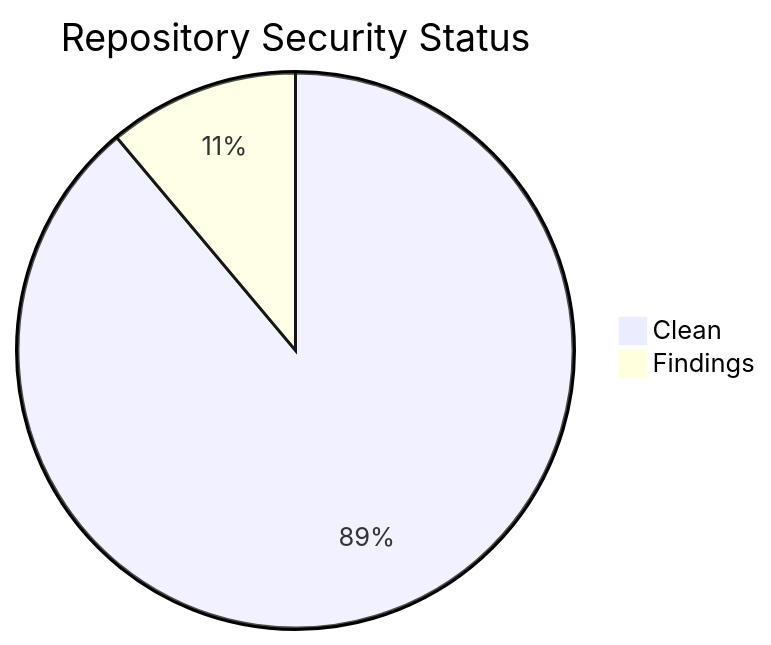
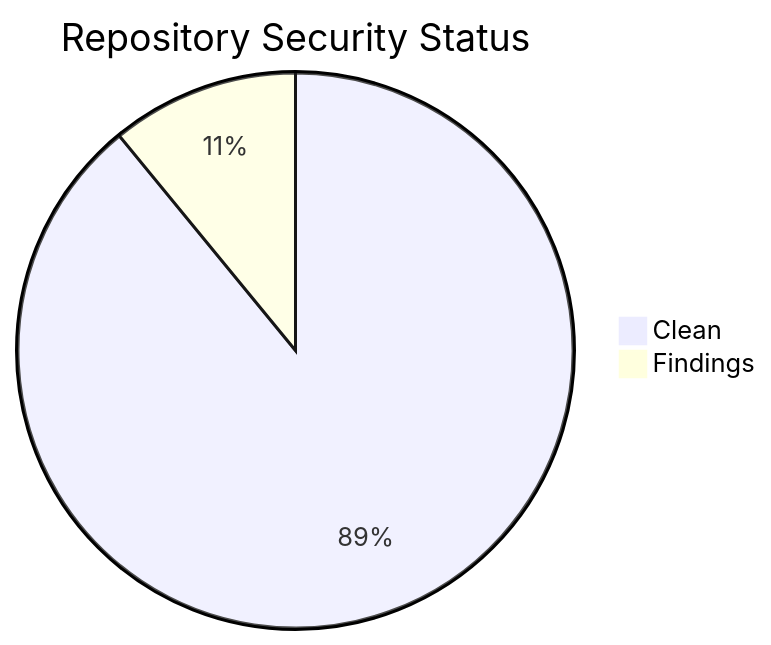
One commit to icepaule/icepaule.github.io changed the second of 2 diagrams in projects/status.md. Above: the diagram before and after it, drawn with Mermaid. The commit also changed other lines of this file and 56 other files, not shown here.

````diff
--- a/projects/status.md
+++ b/projects/status.md
@@ -126,5 +127,5 @@
 ```mermaid
 pie title Repository Security Status
-    "Clean" : 56
+    "Clean" : 57
     "Findings" : 7
 ```
````
